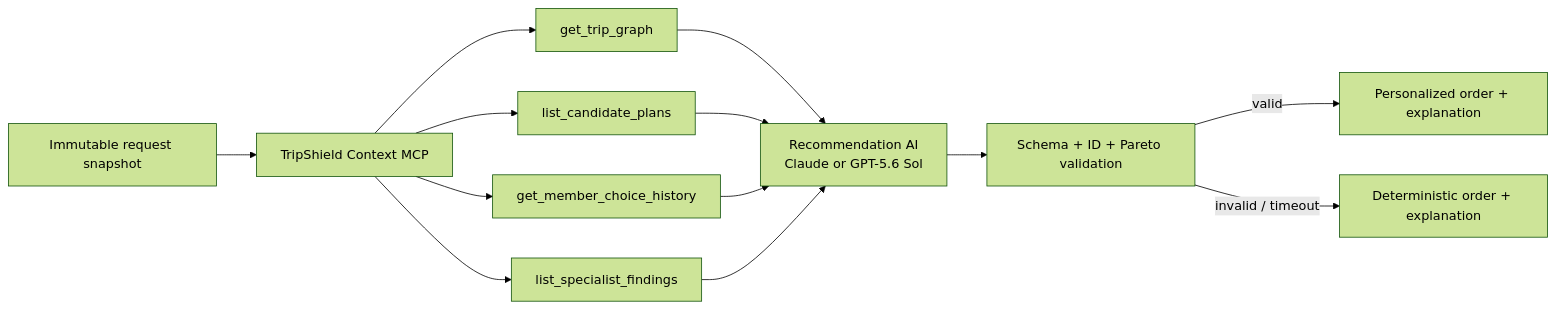
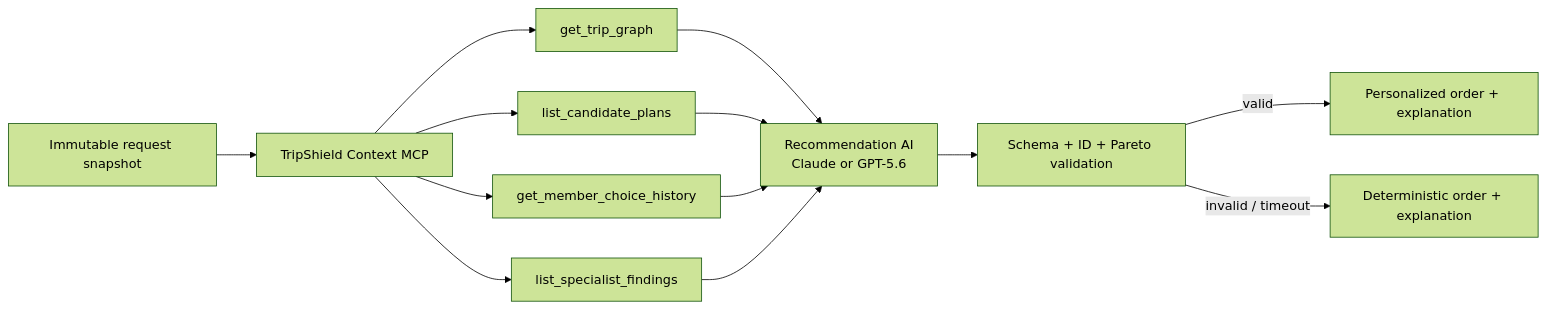
One commit to darrenori/amex-ai changed the ninth of 13 diagrams in ARCHITECTURE.md. Above: the diagram before and after it, drawn with Mermaid (forest theme). The commit also changed other lines of this file and 6 other files, not shown here.

````diff
--- a/ARCHITECTURE.md
+++ b/ARCHITECTURE.md
@@ -345,12 +345,12 @@
 ```mermaid
 flowchart LR
     SNAP["Immutable request snapshot"] --> MCP["TripShield Context MCP"]
     MCP --> G["get_trip_graph"]
     MCP --> P["list_candidate_plans"]
     MCP --> H["get_member_choice_history"]
     MCP --> S["list_specialist_findings"]
-    G & P & H & S --> MODEL["Recommendation AI<br/>Claude or GPT-5.6 Sol"]
+    G & P & H & S --> MODEL["Recommendation AI<br/>Claude or GPT-5.6"]
     MODEL --> VALID["Schema + ID + Pareto validation"]
     VALID -->|valid| COPY["Personalized order + explanation"]
     VALID -->|invalid / timeout| FALLBACK["Deterministic order + explanation"]
 ```
````
